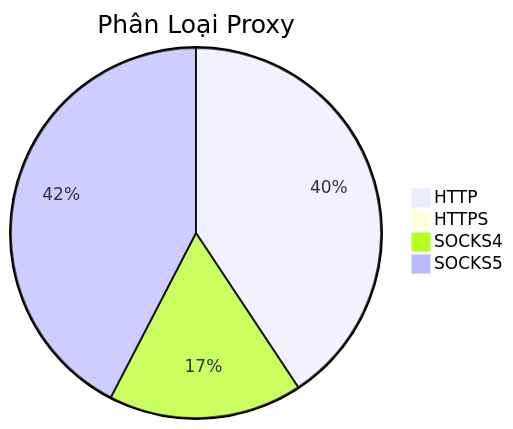
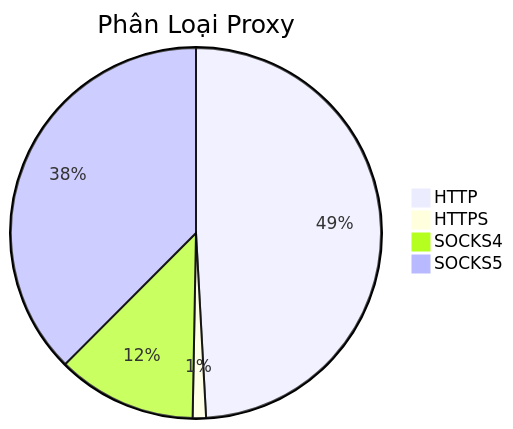
The diagram in README.md (Ciara-Aa/PROXY-free), drawn with Mermaid before and after one commit. The commit also changed other lines of this file and 4 other files, not shown here.

````diff
--- a/README.md
+++ b/README.md
@@ -26,7 +26,7 @@
 ```mermaid
 pie title Phân Loại Proxy
-    "HTTP" : 238
-    "HTTPS" : 3
-    "SOCKS4" : 99
-    "SOCKS5" : 248
+    "HTTP" : 254
+    "HTTPS" : 6
+    "SOCKS4" : 63
+    "SOCKS5" : 194
 ```
````
